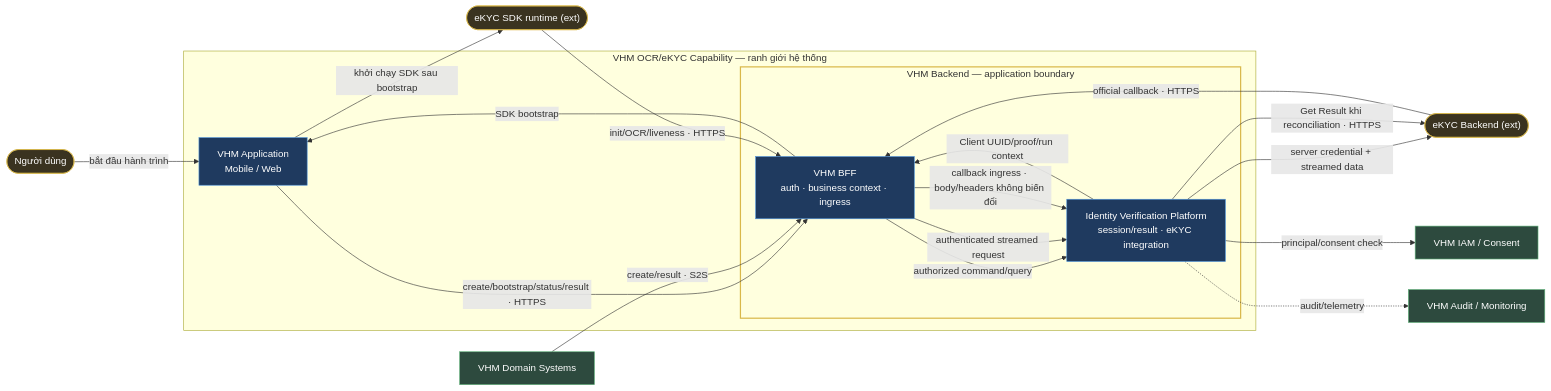
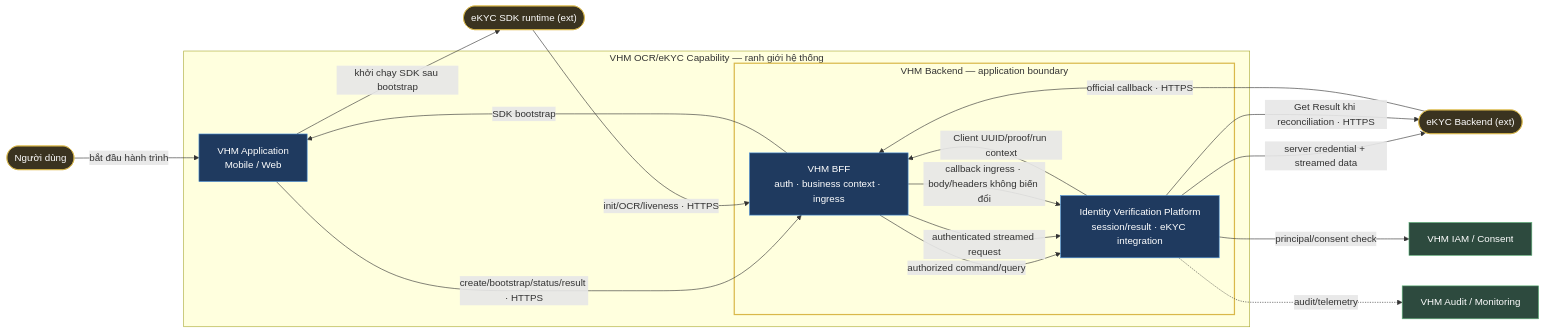
Before and after one commit to huynv-xyz/vhm: the second of 23 diagrams in README.md, drawn with Mermaid. The commit also changed other lines of this file, not shown here.

````diff
--- a/README.md
+++ b/README.md
@@ -399,38 +391,36 @@
 ```mermaid
 flowchart LR
     USER(["Người dùng"]):::entity
     SDK(["eKYC SDK runtime (ext)"]):::entity
     BACKEND(["eKYC Backend (ext)"]):::entity
-    DOMAIN["VHM Domain Systems"]:::owned
     IAM["VHM IAM / Consent"]:::owned
     OBS["VHM Audit / Monitoring"]:::owned
 
     subgraph SYS["VHM OCR/eKYC Capability — ranh giới hệ thống"]
         APP["VHM Application<br/>Mobile / Web"]:::bc
         subgraph VHMBE["VHM Backend — application boundary"]
             BFF["VHM BFF<br/>auth · business context · ingress"]:::bc
             IVP["Identity Verification Platform<br/>session/result · eKYC integration"]:::bc
         end
     end
 
     USER -->|bắt đầu hành trình| APP
     APP -->|create/bootstrap/status/result · HTTPS| BFF
-    DOMAIN -->|create/result · S2S| BFF
     BFF -->|authorized command/query| IVP
     IVP -->|Client UUID/proof/run context| BFF
     BFF -->|SDK bootstrap| APP
     APP -->|khởi chạy SDK sau bootstrap| SDK
     SDK -->|init/OCR/liveness · HTTPS| BFF
     BFF -->|authenticated streamed request| IVP
     IVP -->|server credential + streamed data| BACKEND
     BACKEND -->|official callback · HTTPS| BFF
     BFF -->|callback ingress · body/headers không biến đổi| IVP
     IVP -->|Get Result khi reconciliation · HTTPS| BACKEND
     IVP -->|principal/consent check| IAM
     IVP -.->|audit/telemetry| OBS
 
     classDef bc fill:#1f3a5f,stroke:#4a90d9,color:#fff;
     classDef owned fill:#2d4a3e,stroke:#5fb37a,color:#fff;
     classDef entity fill:#3a3320,stroke:#d9b84a,color:#fff;
     style VHMBE stroke:#d9b84a,stroke-width:2px
 ```
````
